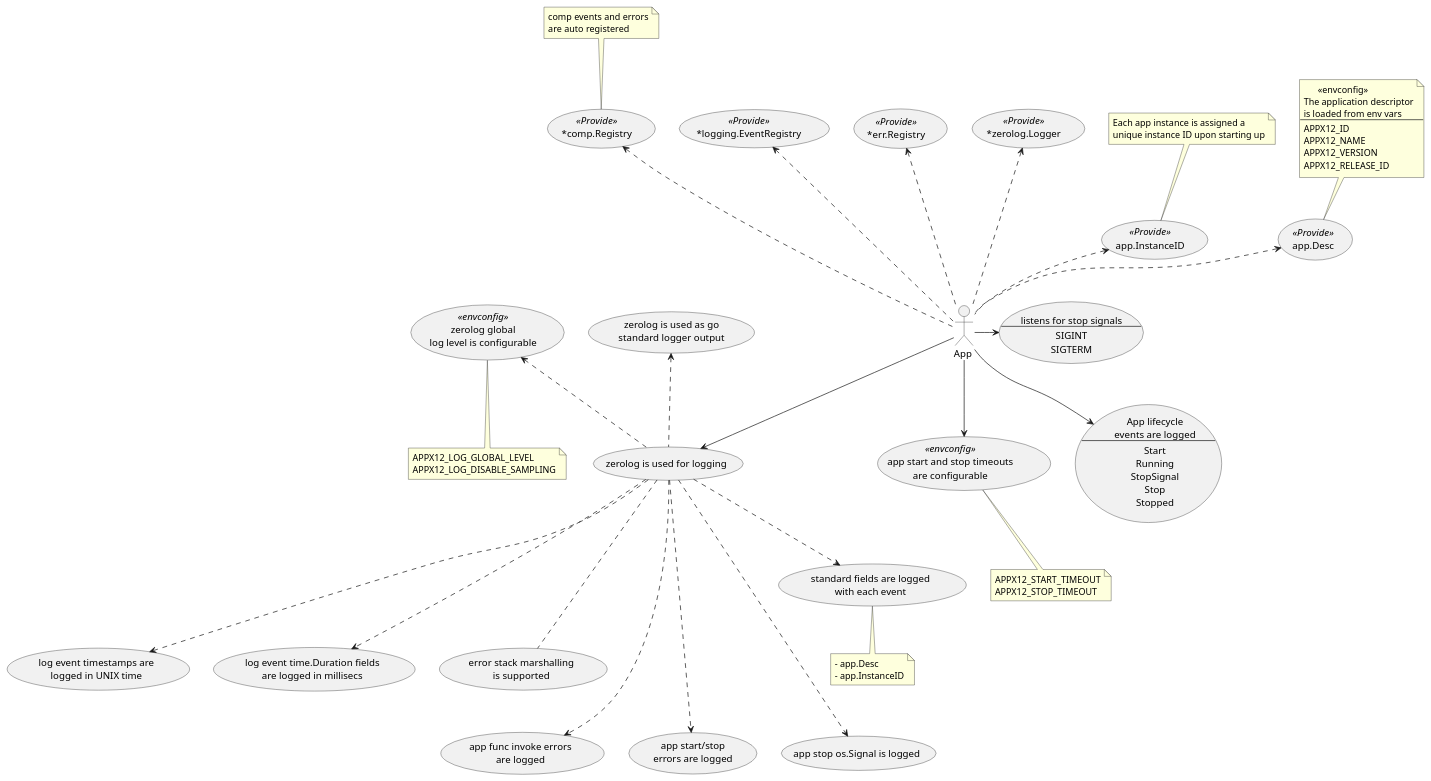
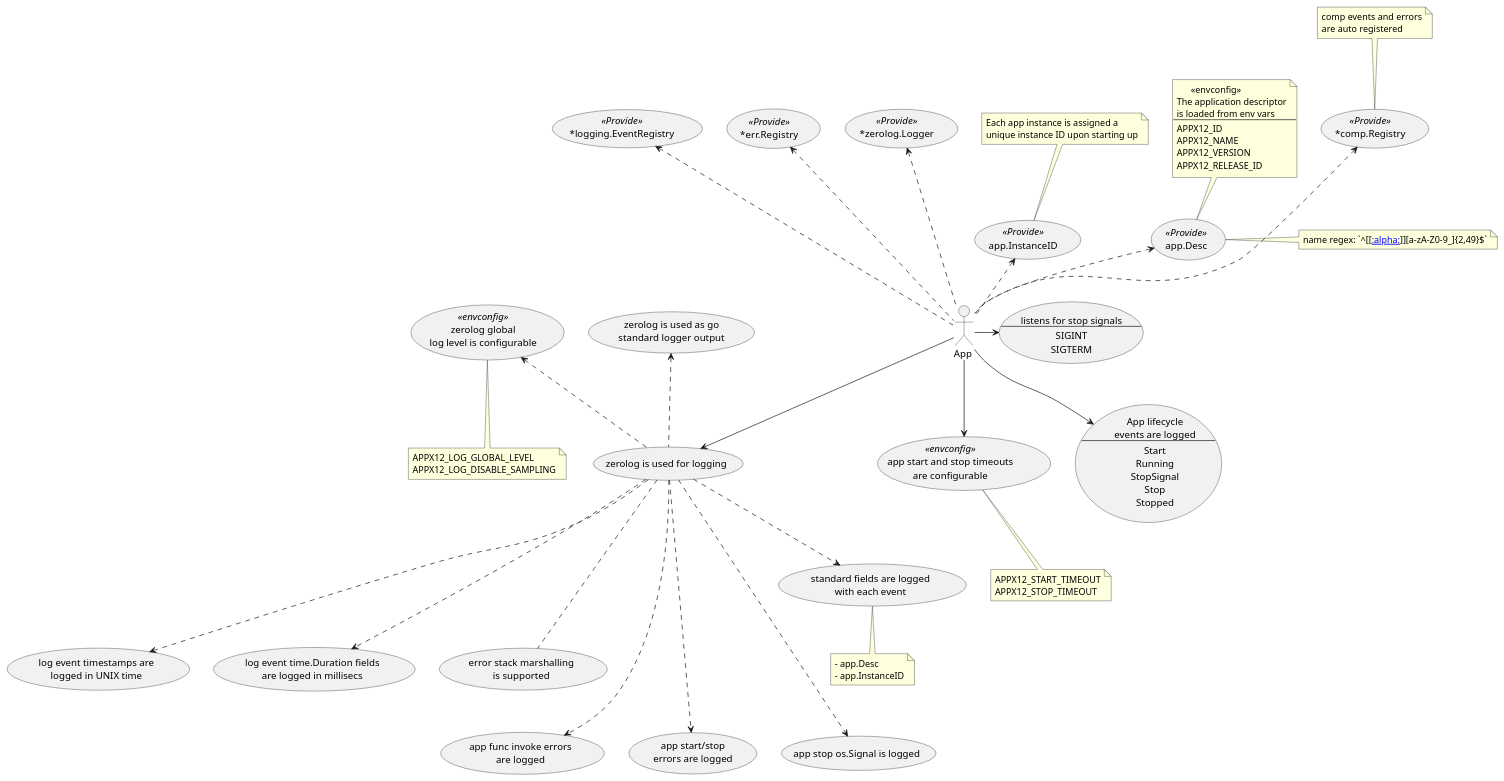
One commit to oysterpack/andiamo changed the diagram in pkg/app/fx/usecases.puml. Above: the diagram before and after it, drawn with PlantUML. The commit also changed 6 other files, not shown here.

Commit message:
added regex constraint on app name

```diff
--- a/pkg/app/fx/usecases.puml
+++ b/pkg/app/fx/usecases.puml
@@ -1,126 +1,132 @@
 @startuml
 skinparam usecase {
 	BackgroundColor<< NEW >> DarkSeaGreen
 	BorderColor<< NEW >> YellowGreen
 }
 
 actor :App : as APP
 
 usecase APP_TIMEOUTS << envconfig >> as "app start and stop timeouts
 are configurable"
 
 note bottom of APP_TIMEOUTS {
 APPX12_START_TIMEOUT
 APPX12_STOP_TIMEOUT
 }
 
 usecase APP_LOGGING as "zerolog is used for logging"
 usecase ZEROLOG_CONFIG << envconfig >> as "
 zerolog global
 log level is configurable"
 
 note bottom of ZEROLOG_CONFIG {
 APPX12_LOG_GLOBAL_LEVEL
 APPX12_LOG_DISABLE_SAMPLING
 }
 
 usecase LOG_APP_DESC as "standard fields are logged
 with each event"
 
 note bottom of LOG_APP_DESC {
 - app.Desc
 - app.InstanceID
 }
 
 usecase LOG_TIMESTAMP as "log event timestamps are
 logged in UNIX time"
 
 usecase LOG_DURATION as "log event time.Duration fields
 are logged in millisecs"
 
 usecase LOG_ERROR_STACK_MARSHALLER as "error stack marshalling
 is supported"
 
 usecase GO_LOGGING as "zerolog is used as go
 standard logger output"
 
 usecase PROVIDE_APP_DESC << Provide >> as "app.Desc"
 
 note top of PROVIDE_APP_DESC {
       <<envconfig>>
 The application descriptor
 is loaded from env vars
 ---
 APPX12_ID
 APPX12_NAME
 APPX12_VERSION
 APPX12_RELEASE_ID
 }
+
+note as NAME_REGEX
+name regex: `^[[[[:alpha:]]]][a-zA-Z0-9_]{2,49}$`
+end note
+
+PROVIDE_APP_DESC . NAME_REGEX
 
 usecase PROVIDE_APP_INSTANCE_ID << Provide >> as "app.InstanceID"
 
 note top of PROVIDE_APP_INSTANCE_ID  {
 Each app instance is assigned a
 unique instance ID upon starting up
 }
 
 usecase PROVIDE_LOGGER << Provide >> as "*zerolog.Logger"
 usecase PROVIDE_ERR_REGISTRY << Provide >> as "*err.Registry"
 usecase PROVIDE_EVENT_REGISTRY << Provide >> as "*logging.EventRegistry"
 usecase PROVIDE_COMP_REGISTRY << Provide >> as "*comp.Registry"
 
 note as COMP_REGISTRY_NOTES
 comp events and errors
 are auto registered
 end note
 
 COMP_REGISTRY_NOTES ..> PROVIDE_COMP_REGISTRY
 
 APP .up.> PROVIDE_APP_DESC
 APP .up.> PROVIDE_APP_INSTANCE_ID
 APP .up..> PROVIDE_LOGGER
 APP .up..> PROVIDE_ERR_REGISTRY
 APP .up..> PROVIDE_EVENT_REGISTRY
 APP .up..> PROVIDE_COMP_REGISTRY
 
 usecase LOG_APP_LIFECYCLE_EVENTS as "App lifecycle
 events are logged
 ---
 Start
 Running
 StopSignal
 Stop
 Stopped"
 
 usecase LOG_APP_INVOKE_ERRORS as "app func invoke errors
 are logged"
 
 usecase LOG_APP_START_STOP_ERRORS as "app start/stop
 errors are logged"
 
 usecase LOG_STOP_SIGNAL_EVENT as "app stop os.Signal is logged"
 
 usecase APP_STOP_SIGNALS as "listens for stop signals
 ---
 SIGINT
 SIGTERM
 "
 
 APP_LOGGING .up.> GO_LOGGING
 APP_LOGGING .up.> ZEROLOG_CONFIG
 APP_LOGGING ..> LOG_APP_DESC
 APP_LOGGING ...> LOG_TIMESTAMP
 APP_LOGGING ...> LOG_DURATION
 APP_LOGGING ....> LOG_APP_INVOKE_ERRORS
 APP_LOGGING ....> LOG_APP_START_STOP_ERRORS
 APP_LOGGING ....> LOG_STOP_SIGNAL_EVENT
 APP_LOGGING ... LOG_ERROR_STACK_MARSHALLER
 
 
 APP --> APP_TIMEOUTS
 APP --> APP_LOGGING
 
 APP --> LOG_APP_LIFECYCLE_EVENTS
 APP -> APP_STOP_SIGNALS
 
 @enduml
```
